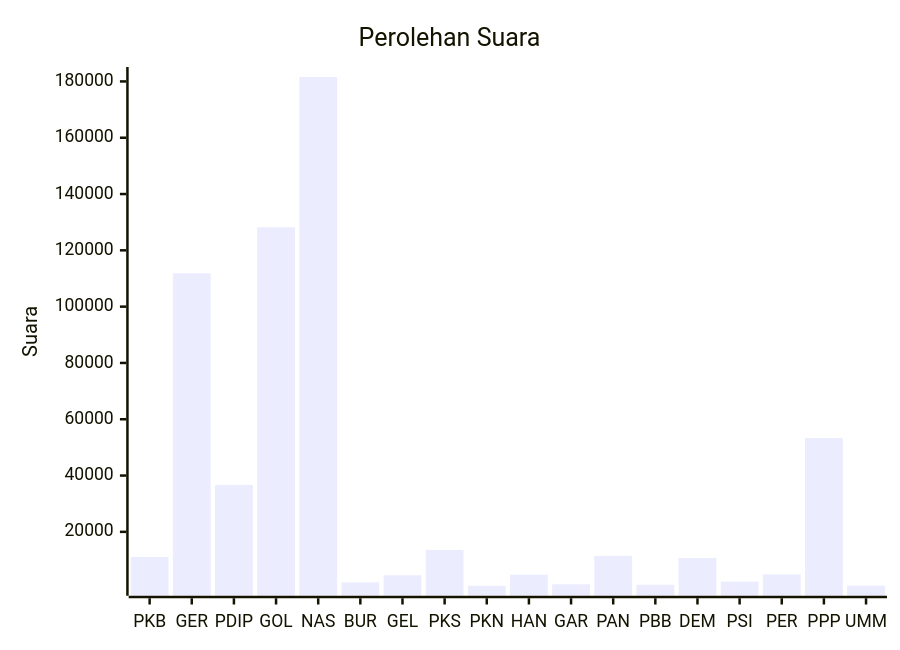
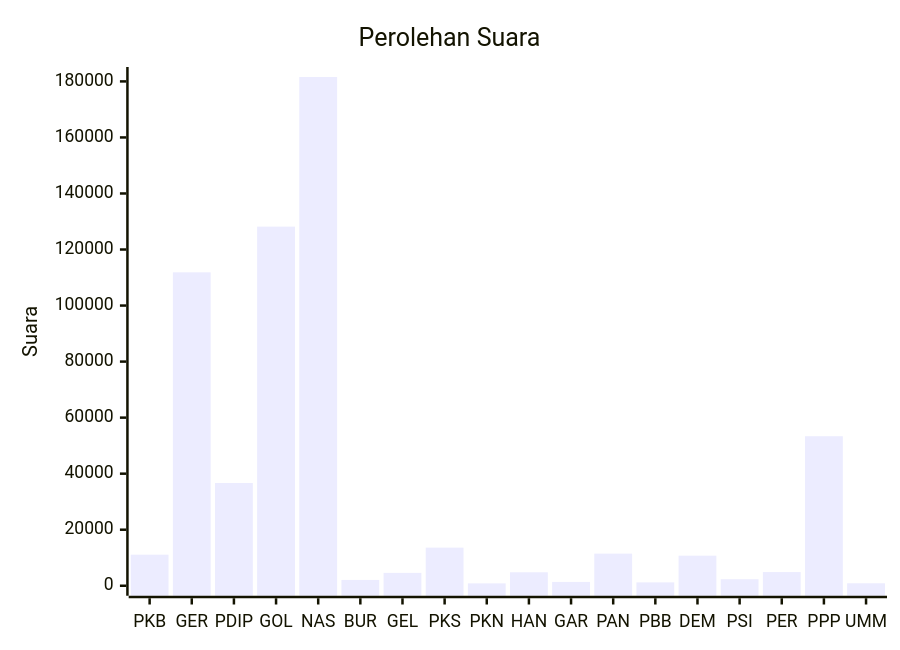
Before and after one commit to gigit-pemilu/pemilu-2024: the diagram in pileg-dpr/hitung-suara/sub/table-wilayah-75.md, drawn with Mermaid. The commit also changed 57 other files, not shown here.

````diff
--- a/pileg-dpr/hitung-suara/sub/table-wilayah-75.md
+++ b/pileg-dpr/hitung-suara/sub/table-wilayah-75.md
@@ -7,7 +7,7 @@
 ```mermaid
 xychart-beta
     title "Perolehan Suara"
     x-axis [PKB, GER, PDIP, GOL, NAS, BUR, GEL, PKS, PKN, HAN, GAR, PAN, PBB, DEM, PSI, PER, PPP, UMM]
-    y-axis "Suara"
+    y-axis "Suara" 0 --> 181572
     bar [11083, 111852, 36661, 128177, 181572, 2082, 4598, 13606, 855, 4806, 1370, 11469, 1204, 10729, 2330, 4873, 53357, 882]
 ```
````
